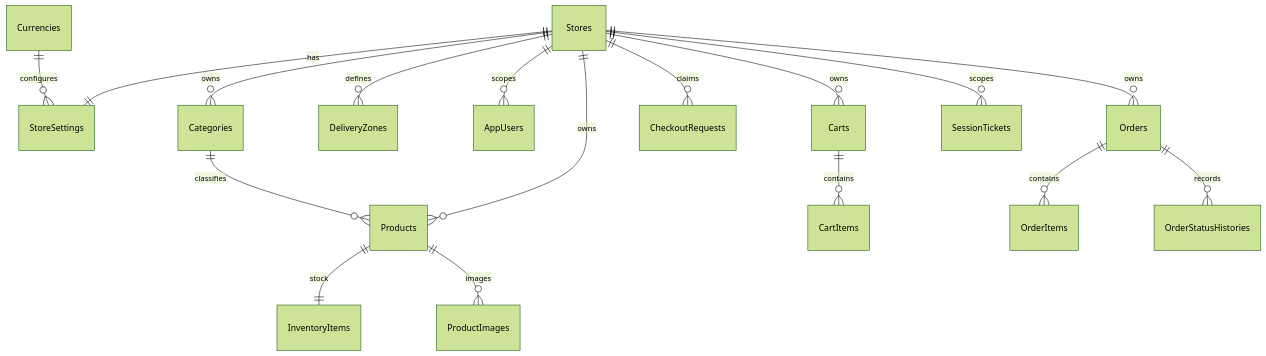
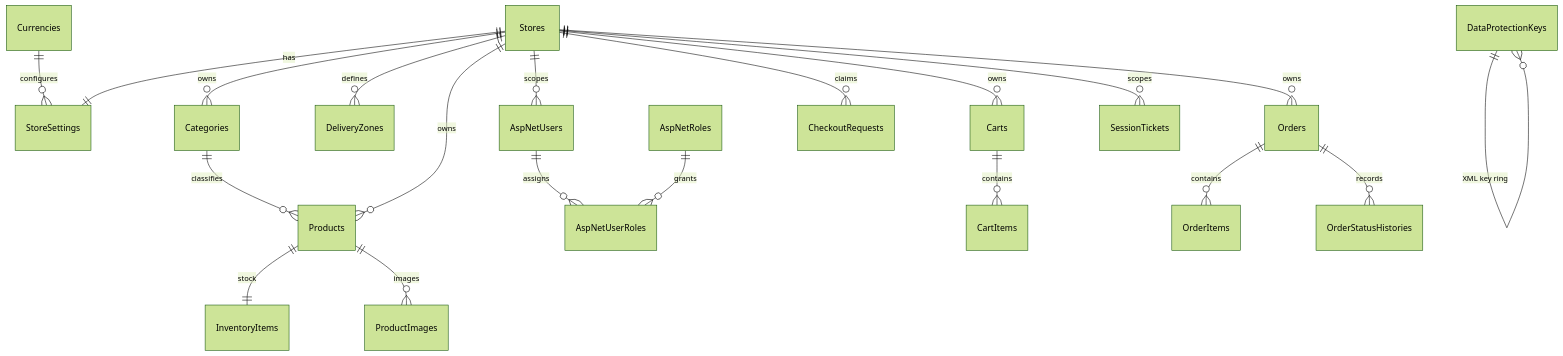
The diagram in doc/05-data/Database-Architecture.md (ayhm325/RetailFlow), drawn with Mermaid (forest theme) before and after one commit. The commit also changed other lines of this file and 36 other files, not shown here.

````diff
--- a/doc/05-data/Database-Architecture.md
+++ b/doc/05-data/Database-Architecture.md
@@ -9,19 +9,22 @@
 ```mermaid
 erDiagram
   Currencies ||--o{ StoreSettings : configures
   Stores ||--|| StoreSettings : has
   Stores ||--o{ Categories : owns
   Categories ||--o{ Products : classifies
   Stores ||--o{ Products : owns
   Products ||--|| InventoryItems : stock
   Products ||--o{ ProductImages : images
   Stores ||--o{ DeliveryZones : defines
-  Stores ||--o{ AppUsers : scopes
+  Stores ||--o{ AspNetUsers : scopes
+  AspNetUsers ||--o{ AspNetUserRoles : assigns
+  AspNetRoles ||--o{ AspNetUserRoles : grants
   Stores ||--o{ Carts : owns
   Carts ||--o{ CartItems : contains
   Stores ||--o{ CheckoutRequests : claims
   Stores ||--o{ Orders : owns
   Orders ||--o{ OrderItems : contains
   Orders ||--o{ OrderStatusHistories : records
   Stores ||--o{ SessionTickets : scopes
+  DataProtectionKeys ||--o{ DataProtectionKeys : "XML key ring"
 ```
````
